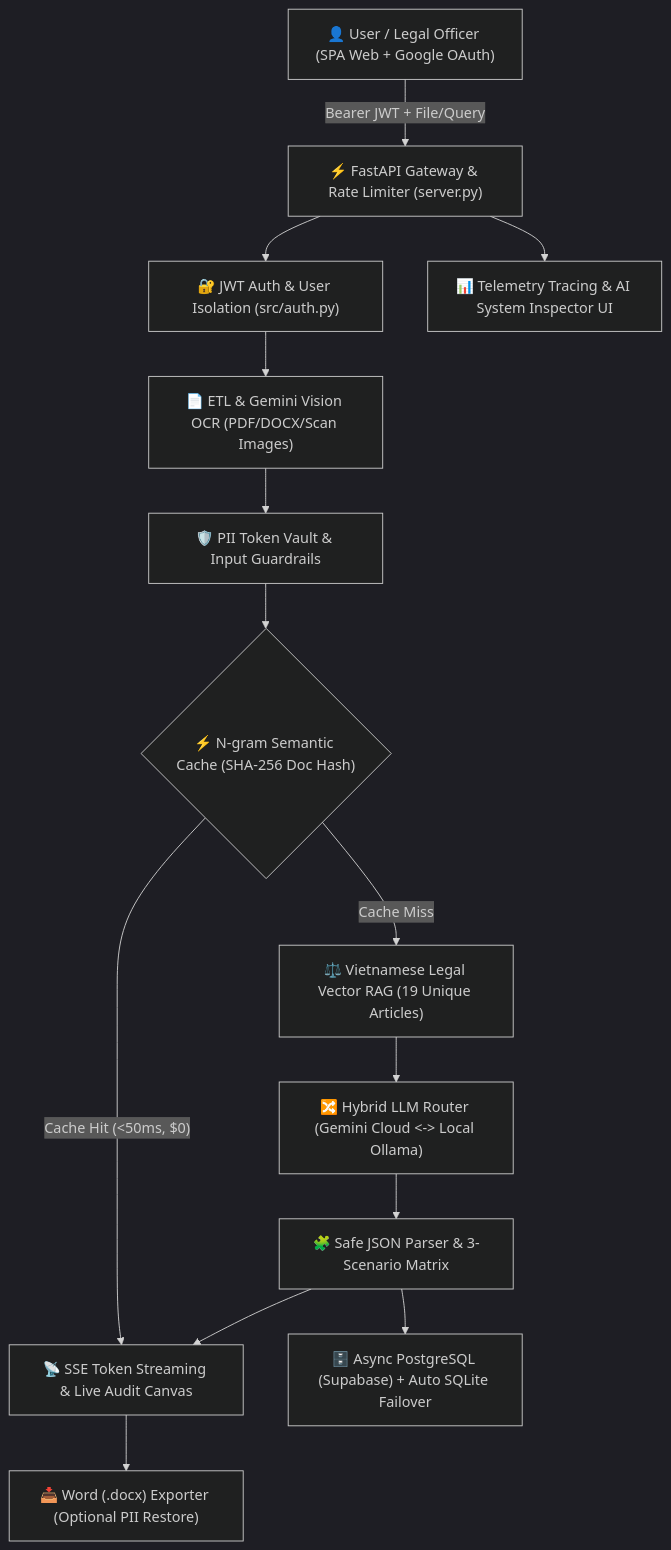
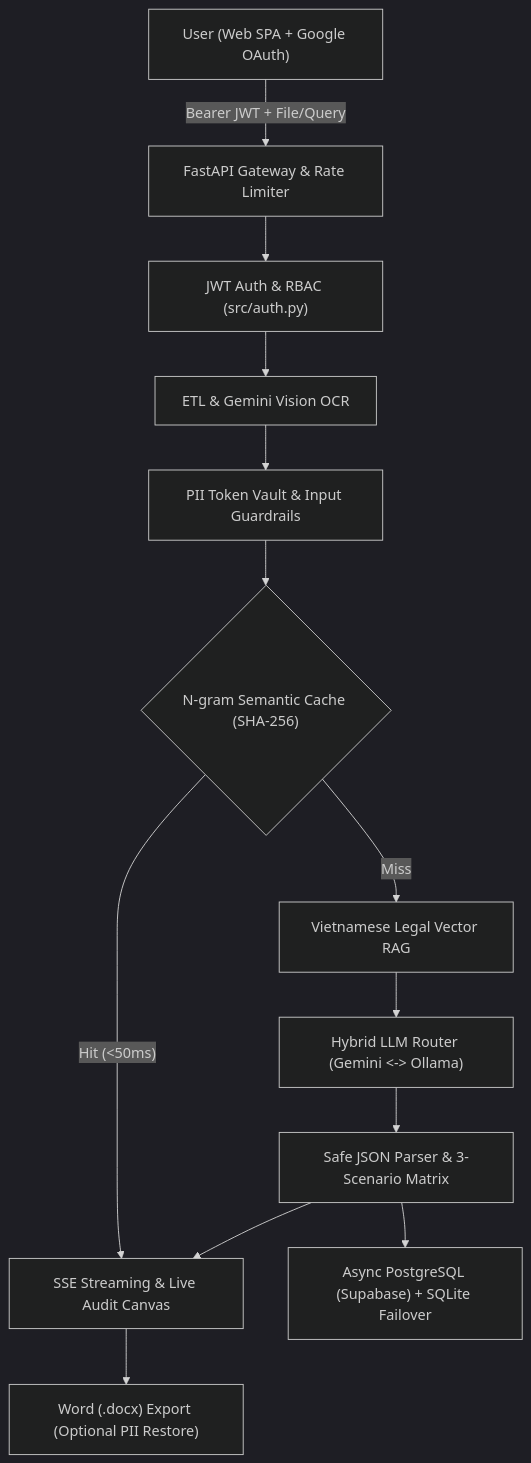
One commit to kietnguyenx/enterprise-legal-copilot changed the diagram in README.md. Above: the diagram before and after it, drawn with Mermaid (dark theme). The commit also changed other lines of this file and 5 other files, not shown here.

Commit message:
docs: update README with clean Auth, Home (Ryan Nguyen), and Audit Canvas screenshots

````diff
--- a/README.md
+++ b/README.md
@@ -29,16 +29,15 @@
 ```mermaid
 flowchart TD
-    U["👤 User / Legal Officer (SPA Web + Google OAuth)"] -->|"Bearer JWT + File/Query"| GW["⚡ FastAPI Gateway & Rate Limiter (server.py)"]
-    GW --> AUTH["🔐 JWT Auth & User Isolation (src/auth.py)"]
-    AUTH --> ETL["📄 ETL & Gemini Vision OCR (PDF/DOCX/Scan Images)"]
-    ETL --> SEC["🛡️ PII Token Vault & Input Guardrails"]
-    SEC --> CACHE{"⚡ N-gram Semantic Cache (SHA-256 Doc Hash)"}
-    CACHE -->|"Cache Hit (<50ms, $0)"| SSE["📡 SSE Token Streaming & Live Audit Canvas"]
-    CACHE -->|"Cache Miss"| RAG["⚖️ Vietnamese Legal Vector RAG (19 Unique Articles)"]
-    RAG --> ROUTER["🔀 Hybrid LLM Router (Gemini Cloud <-> Local Ollama)"]
-    ROUTER --> JSON["🧩 Safe JSON Parser & 3-Scenario Matrix"]
+    U["User (Web SPA + Google OAuth)"] -->|"Bearer JWT + File/Query"| GW["FastAPI Gateway & Rate Limiter"]
+    GW --> AUTH["JWT Auth & RBAC (src/auth.py)"]
+    AUTH --> ETL["ETL & Gemini Vision OCR"]
+    ETL --> SEC["PII Token Vault & Input Guardrails"]
+    SEC --> CACHE{"N-gram Semantic Cache (SHA-256)"}
+    CACHE -->|"Hit (<50ms)"| SSE["SSE Streaming & Live Audit Canvas"]
+    CACHE -->|"Miss"| RAG["Vietnamese Legal Vector RAG"]
+    RAG --> ROUTER["Hybrid LLM Router (Gemini <-> Ollama)"]
+    ROUTER --> JSON["Safe JSON Parser & 3-Scenario Matrix"]
     JSON --> SSE
-    JSON --> DB["🗄️ Async PostgreSQL (Supabase) + Auto SQLite Failover"]
-    SSE --> EXP["📥 Word (.docx) Exporter (Optional PII Restore)"]
-    GW --> OBS["📊 Telemetry Tracing & AI System Inspector UI"]
+    JSON --> DB["Async PostgreSQL (Supabase) + SQLite Failover"]
+    SSE --> EXP["Word (.docx) Export (Optional PII Restore)"]
 ```
````
